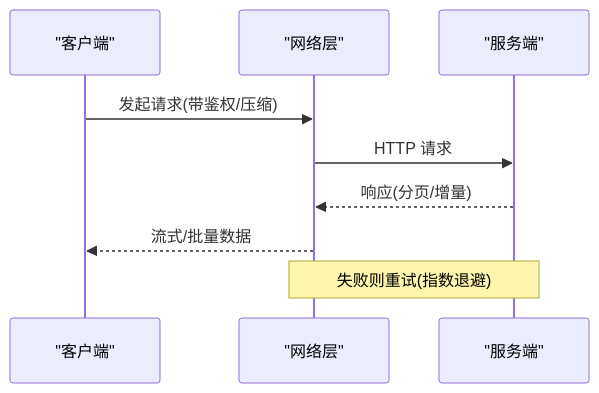
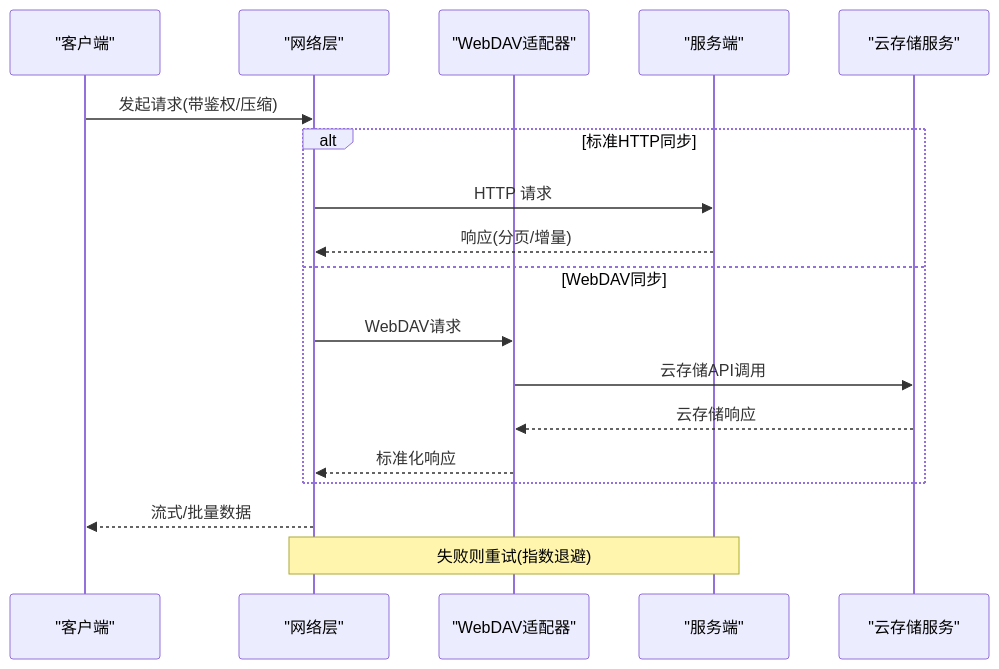
The eighth of 11 diagrams in .qoder/repowiki/zh/content/架构设计/分层架构设计/数据访问层/数据同步机制.md (ZhangGHGitHub/LegadoTeamFlutter), drawn with Mermaid before and after one commit. The commit also changed other lines of this file and 66 other files, not shown here.

````diff
--- a/.qoder/repowiki/zh/content/架构设计/分层架构设计/数据访问层/数据同步机制.md
+++ b/.qoder/repowiki/zh/content/架构设计/分层架构设计/数据访问层/数据同步机制.md
@@ -339,11 +421,20 @@
 ```mermaid
 sequenceDiagram
 participant Client as "客户端"
 participant Net as "网络层"
+participant WebDAV as "WebDAV适配器"
 participant Srv as "服务端"
+participant Cloud as "云存储服务"
 Client->>Net : 发起请求(带鉴权/压缩)
+alt 标准HTTP同步
 Net->>Srv : HTTP 请求
 Srv-->>Net : 响应(分页/增量)
+else WebDAV同步
+Net->>WebDAV : WebDAV请求
+WebDAV->>Cloud : 云存储API调用
+Cloud-->>WebDAV : 云存储响应
+WebDAV-->>Net : 标准化响应
+end
 Net-->>Client : 流式/批量数据
 Note over Net,Srv : 失败则重试(指数退避)
 ```
````
